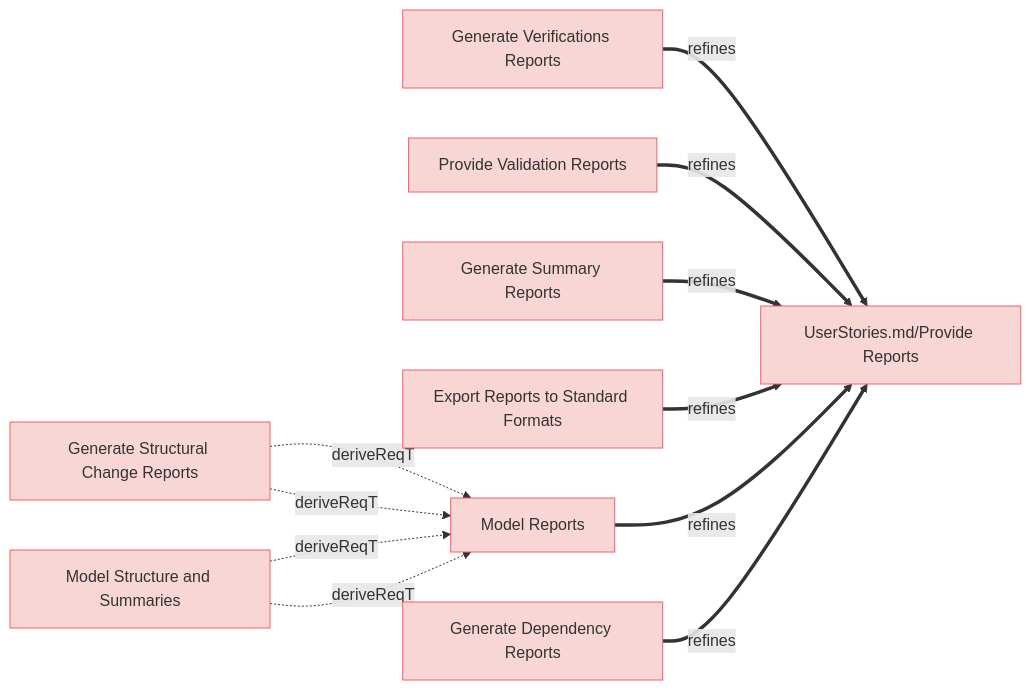
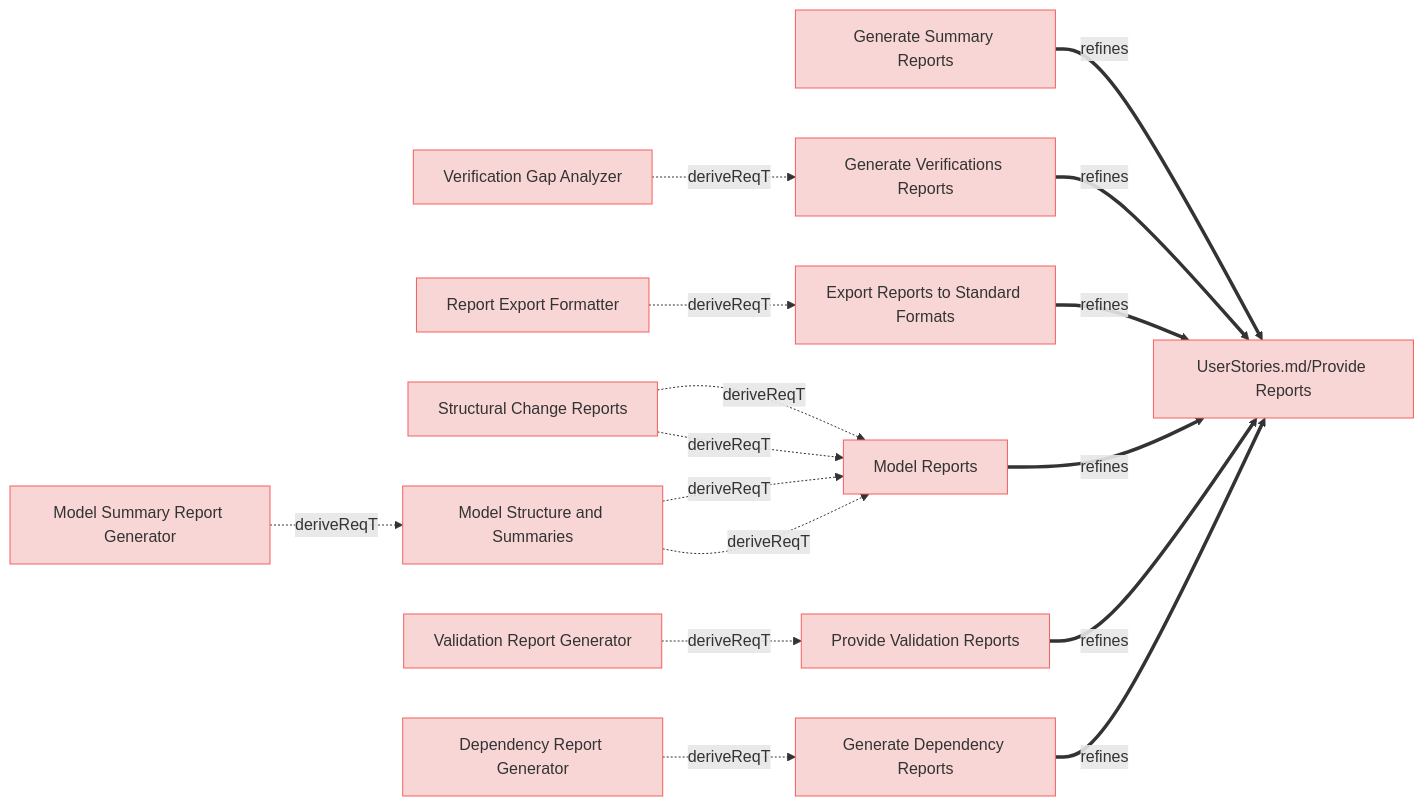
Before and after one commit to reqvire-org/reqvire: the seventh of 10 diagrams in specifications/UserRequirements.md, drawn with Mermaid. The commit also changed other lines of this file and 11 other files, not shown here.

````diff
--- a/specifications/UserRequirements.md
+++ b/specifications/UserRequirements.md
@@ -574,46 +566,66 @@
 ```mermaid
 graph LR;
   %% Graph styling
   classDef requirement fill:#f9d6d6,stroke:#f55f5f,stroke-width:1px;
   classDef verification fill:#d6f9d6,stroke:#5fd75f,stroke-width:1px;
   classDef externalLink fill:#d0e0ff,stroke:#3080ff,stroke-width:1px;
   classDef default fill:#f5f5f5,stroke:#333333,stroke-width:1px;
 
+  596c459d31["Generate Summary Reports"];
+  click 596c459d31 "UserRequirements.md#generate-summary-reports";
+  class 596c459d31 requirement;
+  fe32882ee2["UserStories.md/Provide Reports"];
+  class fe32882ee2 requirement;
+  click fe32882ee2 "UserStories.md#provide-reports";
+  596c459d31 ==>|refines| fe32882ee2;
   d0e9e8d143["Generate Verifications Reports"];
   click d0e9e8d143 "UserRequirements.md#generate-verifications-reports";
   class d0e9e8d143 requirement;
-  fe32882ee2["UserStories.md/Provide Reports"];
-  class fe32882ee2 requirement;
-  click fe32882ee2 "UserStories.md#provide-reports";
   d0e9e8d143 ==>|refines| fe32882ee2;
+  d842bc0e30["Verification Gap Analyzer"];
+  class d842bc0e30 requirement;
+  click d842bc0e30 "SystemRequirements/Requirements.md#verification-gap-analyzer";
+  d842bc0e30 -.->|deriveReqT| d0e9e8d143;
+  2afa7f3a20["Export Reports to Standard Formats"];
+  click 2afa7f3a20 "UserRequirements.md#export-reports-to-standard-formats";
+  class 2afa7f3a20 requirement;
+  2afa7f3a20 ==>|refines| fe32882ee2;
+  2ccb7e5510["Report Export Formatter"];
+  class 2ccb7e5510 requirement;
+  click 2ccb7e5510 "SystemRequirements/Requirements.md#report-export-formatter";
+  2ccb7e5510 -.->|deriveReqT| 2afa7f3a20;
+  32850509a0["Structural Change Reports"];
+  click 32850509a0 "UserRequirements.md#structural-change-reports";
+  class 32850509a0 requirement;
+  f8e7625d29["Model Reports"];
+  class f8e7625d29 requirement;
+  click f8e7625d29 "UserRequirements.md#model-reports";
+  32850509a0 -.->|deriveReqT| f8e7625d29;
+  b342220e0d["Model Structure and Summaries"];
+  click b342220e0d "UserRequirements.md#model-structure-and-summaries";
+  class b342220e0d requirement;
+  b342220e0d -.->|deriveReqT| f8e7625d29;
+  cccd4e46e2["Model Summary Report Generator"];
+  class cccd4e46e2 requirement;
+  click cccd4e46e2 "SystemRequirements/Requirements.md#model-summary-report-generator";
+  cccd4e46e2 -.->|deriveReqT| b342220e0d;
+  f8e7625d29 ==>|refines| fe32882ee2;
+  32850509a0 -.->|deriveReqT| f8e7625d29;
+  b342220e0d -.->|deriveReqT| f8e7625d29;
   482c757913["Provide Validation Reports"];
   click 482c757913 "UserRequirements.md#provide-validation-reports";
   class 482c757913 requirement;
   482c757913 ==>|refines| fe32882ee2;
-  596c459d31["Generate Summary Reports"];
-  click 596c459d31 "UserRequirements.md#generate-summary-reports";
-  class 596c459d31 requirement;
-  596c459d31 ==>|refines| fe32882ee2;
-  6a2d21600e["Generate Structural Change Reports"];
-  click 6a2d21600e "UserRequirements.md#generate-structural-change-reports";
-  class 6a2d21600e requirement;
-  f8e7625d29["Model Reports"];
-  class f8e7625d29 requirement;
-  click f8e7625d29 "UserRequirements.md#model-reports";
-  6a2d21600e -.->|deriveReqT| f8e7625d29;
-  2afa7f3a20["Export Reports to Standard Formats"];
-  click 2afa7f3a20 "UserRequirements.md#export-reports-to-standard-formats";
-  class 2afa7f3a20 requirement;
-  2afa7f3a20 ==>|refines| fe32882ee2;
-  f8e7625d29 ==>|refines| fe32882ee2;
-  6a2d21600e -.->|deriveReqT| f8e7625d29;
-  b342220e0d["Model Structure and Summaries"];
-  class b342220e0d requirement;
-  click b342220e0d "UserRequirements.md#model-structure-and-summaries";
-  b342220e0d -.->|deriveReqT| f8e7625d29;
-  b342220e0d -.->|deriveReqT| f8e7625d29;
+  143766be8c["Validation Report Generator"];
+  class 143766be8c requirement;
+  click 143766be8c "SystemRequirements/Requirements.md#validation-report-generator";
+  143766be8c -.->|deriveReqT| 482c757913;
   812d42f453["Generate Dependency Reports"];
   click 812d42f453 "UserRequirements.md#generate-dependency-reports";
   class 812d42f453 requirement;
   812d42f453 ==>|refines| fe32882ee2;
+  57cbef16c5["Dependency Report Generator"];
+  class 57cbef16c5 requirement;
+  click 57cbef16c5 "SystemRequirements/Requirements.md#dependency-report-generator";
+  57cbef16c5 -.->|deriveReqT| 812d42f453;
 ```
````
